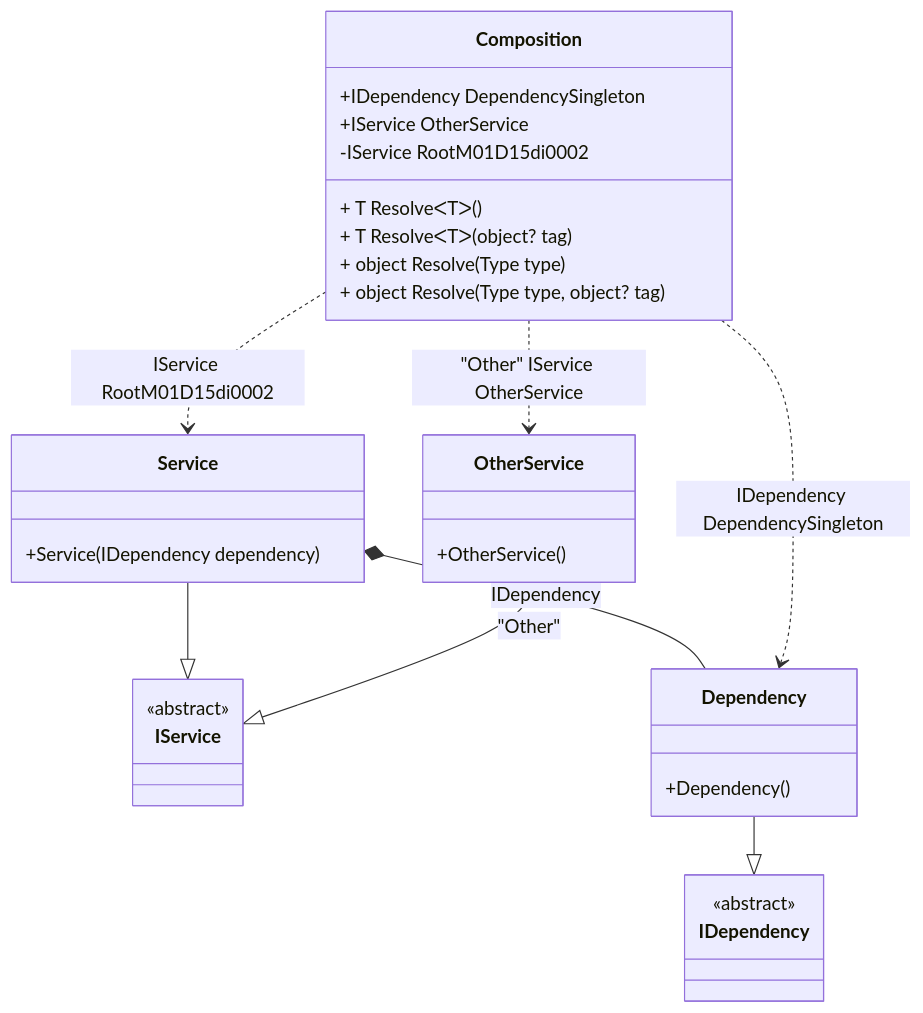
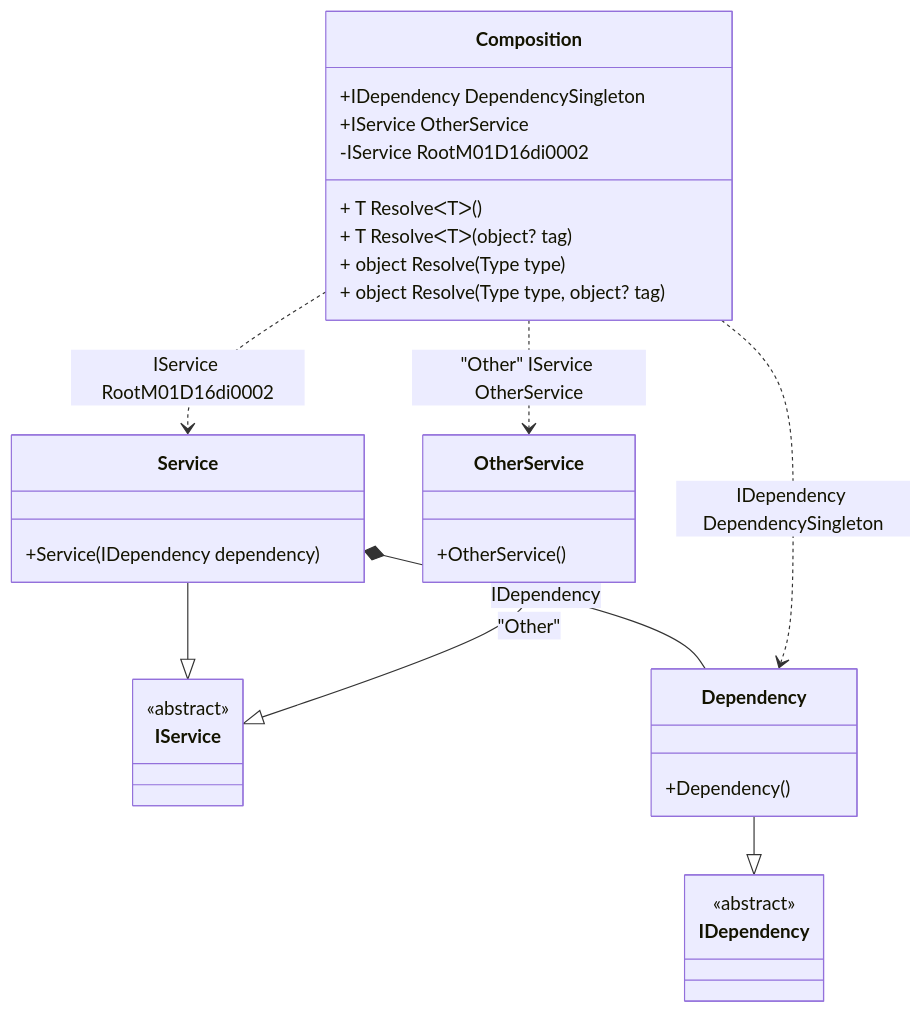
One commit to DevTeam/Pure.DI changed the diagram in readme/resolve-methods.md. Above: the diagram before and after it, drawn with Mermaid. The commit also changed other lines of this file and 81 other files, not shown here.

````diff
--- a/readme/resolve-methods.md
+++ b/readme/resolve-methods.md
@@ -45,34 +45,34 @@
 ```mermaid
 classDiagram
   class Composition {
     +IDependency DependencySingleton
     +IService OtherService
-    -IService RootM01D15di0002
+    -IService RootM01D16di0002
     + T ResolveᐸTᐳ()
     + T ResolveᐸTᐳ(object? tag)
     + object Resolve(Type type)
     + object Resolve(Type type, object? tag)
   }
   Service --|> IService : 
   class Service {
     +Service(IDependency dependency)
   }
   Dependency --|> IDependency : 
   class Dependency {
     +Dependency()
   }
   OtherService --|> IService : "Other" 
   class OtherService {
     +OtherService()
   }
   class IService {
     <<abstract>>
   }
   class IDependency {
     <<abstract>>
   }
   Service *--  Dependency : IDependency
   Composition ..> Dependency : IDependency DependencySingleton
-  Composition ..> Service : IService RootM01D15di0002
+  Composition ..> Service : IService RootM01D16di0002
   Composition ..> OtherService : "Other" IService OtherService
 ```
````
